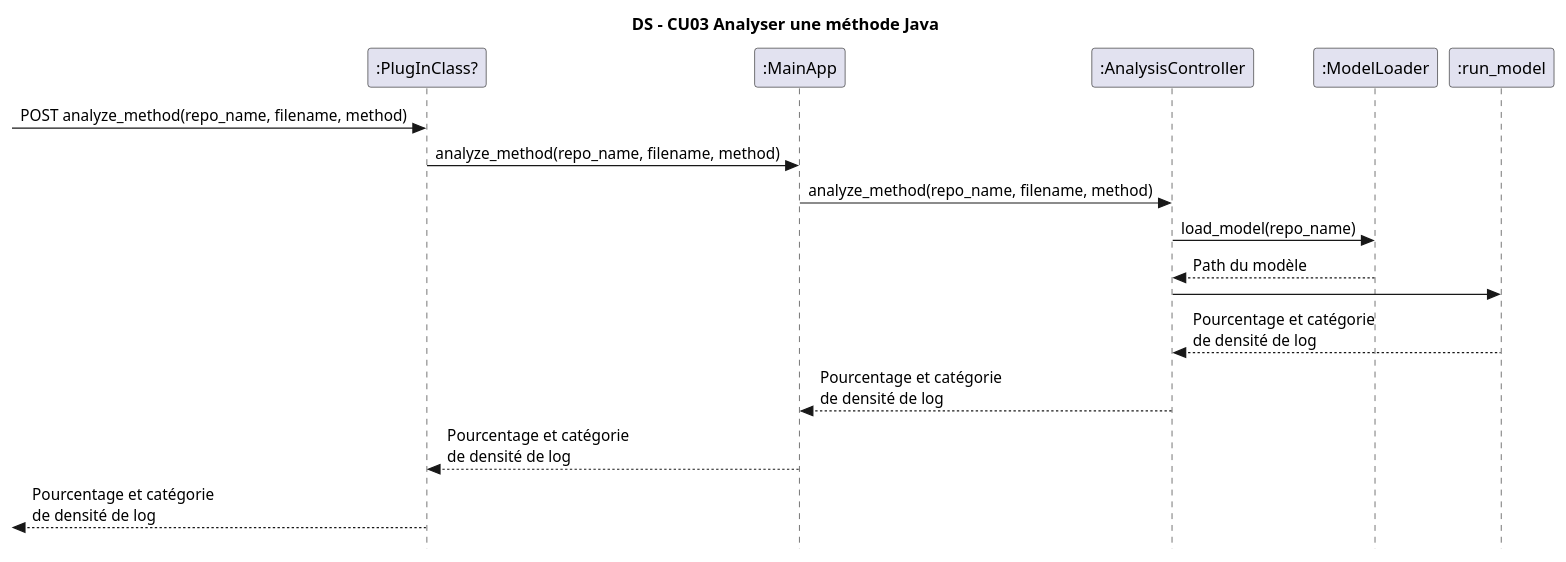
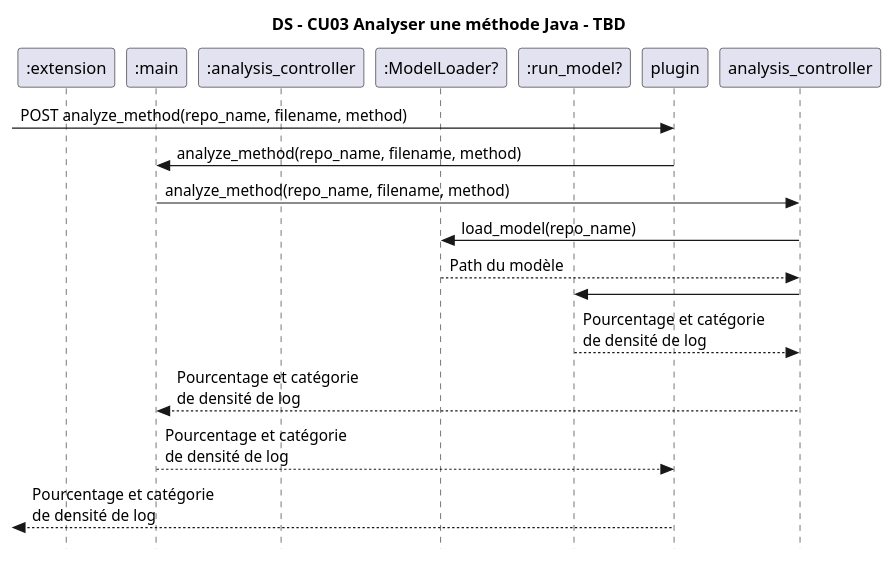
One commit to DaREf-MS/log-density-plugin changed the diagram in artifacts/ds_cu03.puml. Above: the diagram before and after it, drawn with PlantUML. The commit also changed 3 other files, not shown here.

Commit message:
Updated sequence and class diagrams

```diff
--- a/artifacts/ds_cu03.puml
+++ b/artifacts/ds_cu03.puml
@@ -1,25 +1,25 @@
 @startuml
-title DS - CU03 Analyser une méthode Java
+title DS - CU03 Analyser une méthode Java - TBD
 skinparam style strictuml
 
-participant ":PlugInClass?" as plugin
-participant ":MainApp" as main
-participant ":AnalysisController" as analysisController
-participant ":ModelLoader" as modelLoader
-participant ":run_model" as run_model
+participant ":extension" as extension
+participant ":main" as main
+participant ":analysis_controller" as analysisController
+participant ":ModelLoader?" as modelLoader
+participant ":run_model?" as run_model
 
 -> plugin : POST analyze_method(repo_name, filename, method)
 
 plugin -> main : analyze_method(repo_name, filename, method)
-main -> analysisController : analyze_method(repo_name, filename, method)
+main -> analysis_controller : analyze_method(repo_name, filename, method)
 
-analysisController -> modelLoader : load_model(repo_name)
-modelLoader --> analysisController : Path du modèle
+analysis_controller -> modelLoader : load_model(repo_name)
+modelLoader --> analysis_controller : Path du modèle
 
-analysisController -> run_model
+analysis_controller -> run_model
 
-run_model --> analysisController : Pourcentage et catégorie\nde densité de log
-analysisController --> main : Pourcentage et catégorie\nde densité de log
+run_model --> analysis_controller : Pourcentage et catégorie\nde densité de log
+analysis_controller --> main : Pourcentage et catégorie\nde densité de log
 main --> plugin : Pourcentage et catégorie\nde densité de log
 <-- plugin : Pourcentage et catégorie\nde densité de log
 @enduml
```
